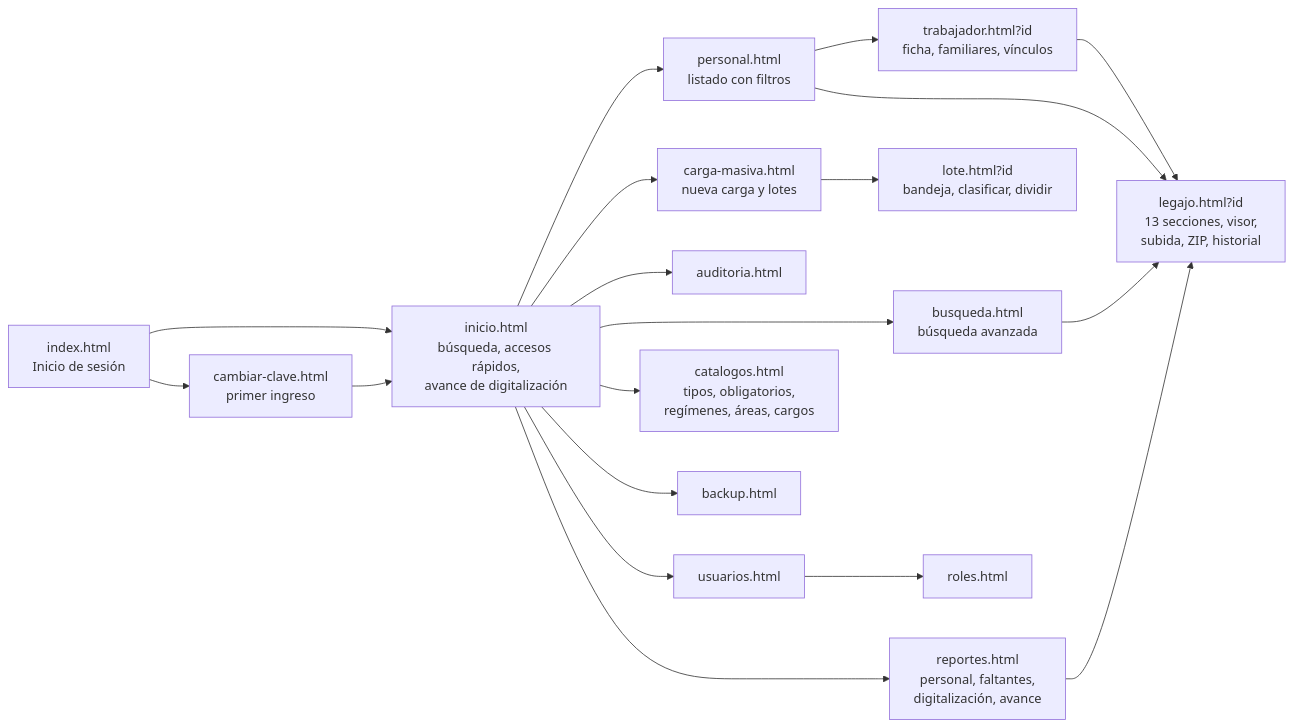
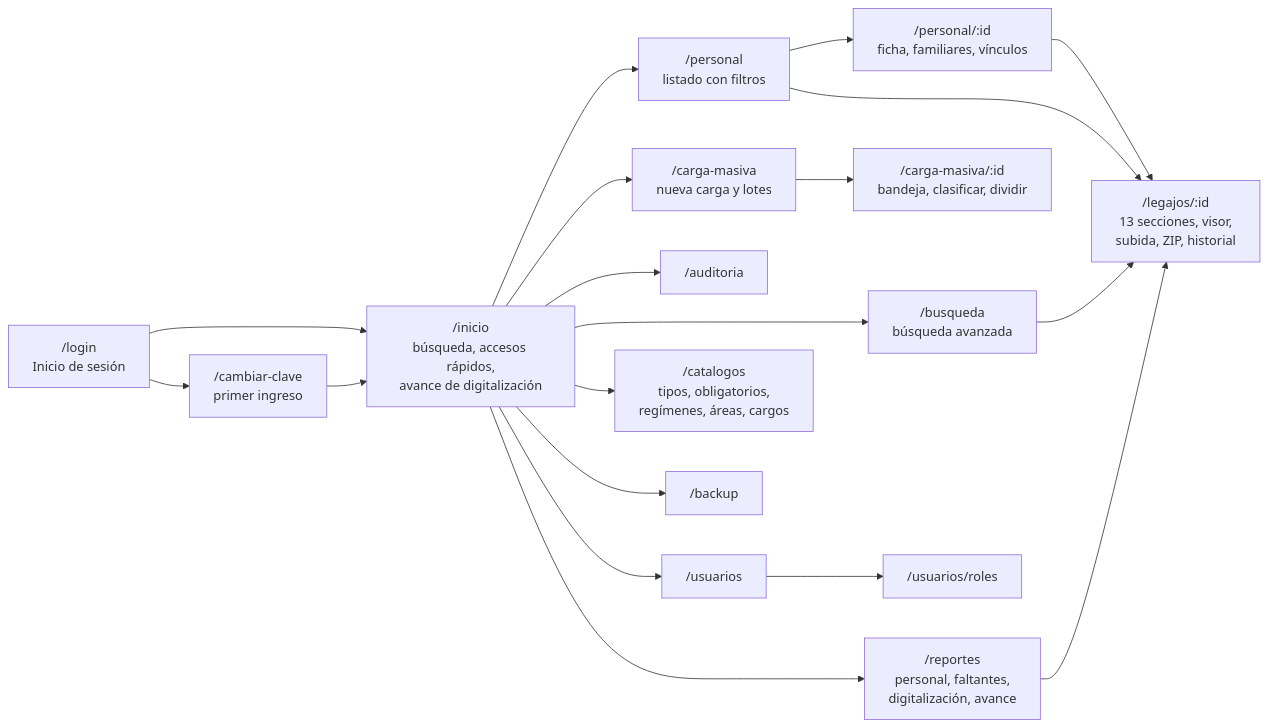
Before and after one commit to Jose27luis/legajo: diagram 21 of 21 in README.md, drawn with Mermaid. The commit also changed other lines of this file, not shown here.

Commit message:
docs: cambia el frontend a Angular con componentes en archivos separados

````diff
--- a/README.md
+++ b/README.md
@@ -1259,21 +1287,21 @@
 ```mermaid
 flowchart LR
-    LOGIN["index.html<br/>Inicio de sesión"] --> CC["cambiar-clave.html<br/>primer ingreso"]
-    LOGIN --> INI["inicio.html<br/>búsqueda, accesos rápidos,<br/>avance de digitalización"]
+    LOGIN["/login<br/>Inicio de sesión"] --> CC["/cambiar-clave<br/>primer ingreso"]
+    LOGIN --> INI["/inicio<br/>búsqueda, accesos rápidos,<br/>avance de digitalización"]
     CC --> INI
-    INI --> PER["personal.html<br/>listado con filtros"]
-    PER --> TRA["trabajador.html?id<br/>ficha, familiares, vínculos"]
-    TRA --> LEG["legajo.html?id<br/>13 secciones, visor,<br/>subida, ZIP, historial"]
+    INI --> PER["/personal<br/>listado con filtros"]
+    PER --> TRA["/personal/:id<br/>ficha, familiares, vínculos"]
+    TRA --> LEG["/legajos/:id<br/>13 secciones, visor,<br/>subida, ZIP, historial"]
     PER --> LEG
-    INI --> BUS["busqueda.html<br/>búsqueda avanzada"]
+    INI --> BUS["/busqueda<br/>búsqueda avanzada"]
     BUS --> LEG
-    INI --> CM["carga-masiva.html<br/>nueva carga y lotes"]
-    CM --> LOT["lote.html?id<br/>bandeja, clasificar, dividir"]
-    INI --> REP["reportes.html<br/>personal, faltantes,<br/>digitalización, avance"]
+    INI --> CM["/carga-masiva<br/>nueva carga y lotes"]
+    CM --> LOT["/carga-masiva/:id<br/>bandeja, clasificar, dividir"]
+    INI --> REP["/reportes<br/>personal, faltantes,<br/>digitalización, avance"]
     REP --> LEG
-    INI --> AUD["auditoria.html"]
-    INI --> USU["usuarios.html"]
-    USU --> ROL["roles.html"]
-    INI --> CAT["catalogos.html<br/>tipos, obligatorios,<br/>regímenes, áreas, cargos"]
-    INI --> BAK["backup.html"]
+    INI --> AUD["/auditoria"]
+    INI --> USU["/usuarios"]
+    USU --> ROL["/usuarios/roles"]
+    INI --> CAT["/catalogos<br/>tipos, obligatorios,<br/>regímenes, áreas, cargos"]
+    INI --> BAK["/backup"]
 ```
````
